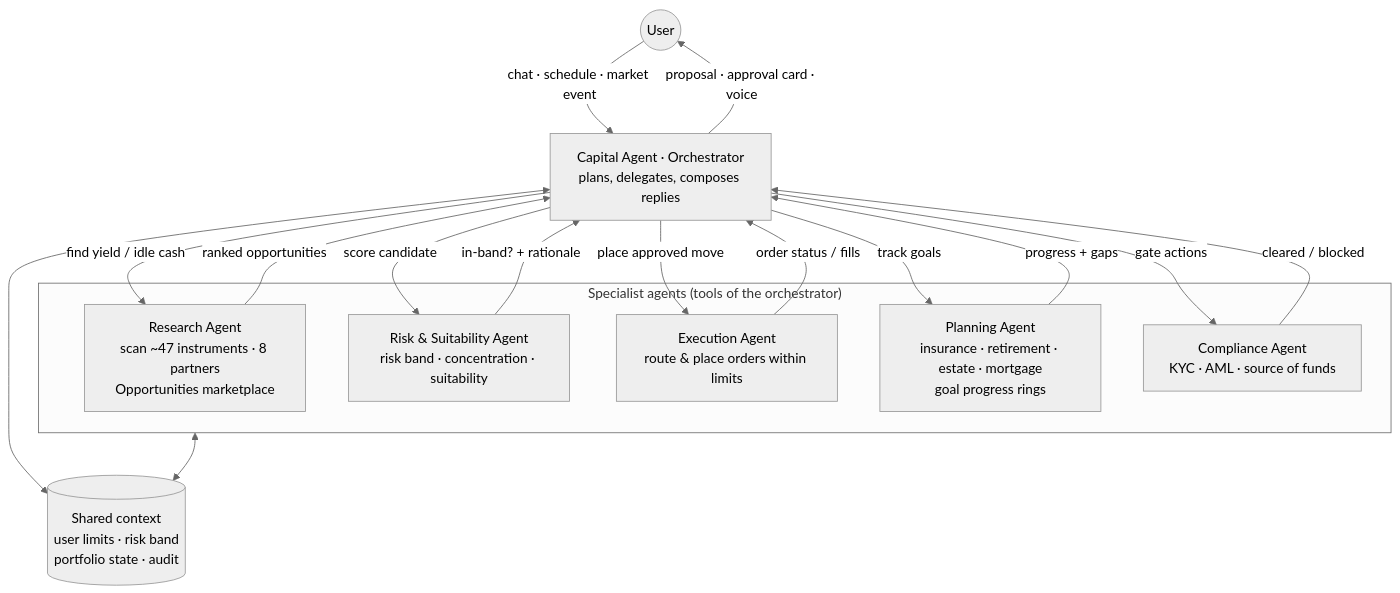
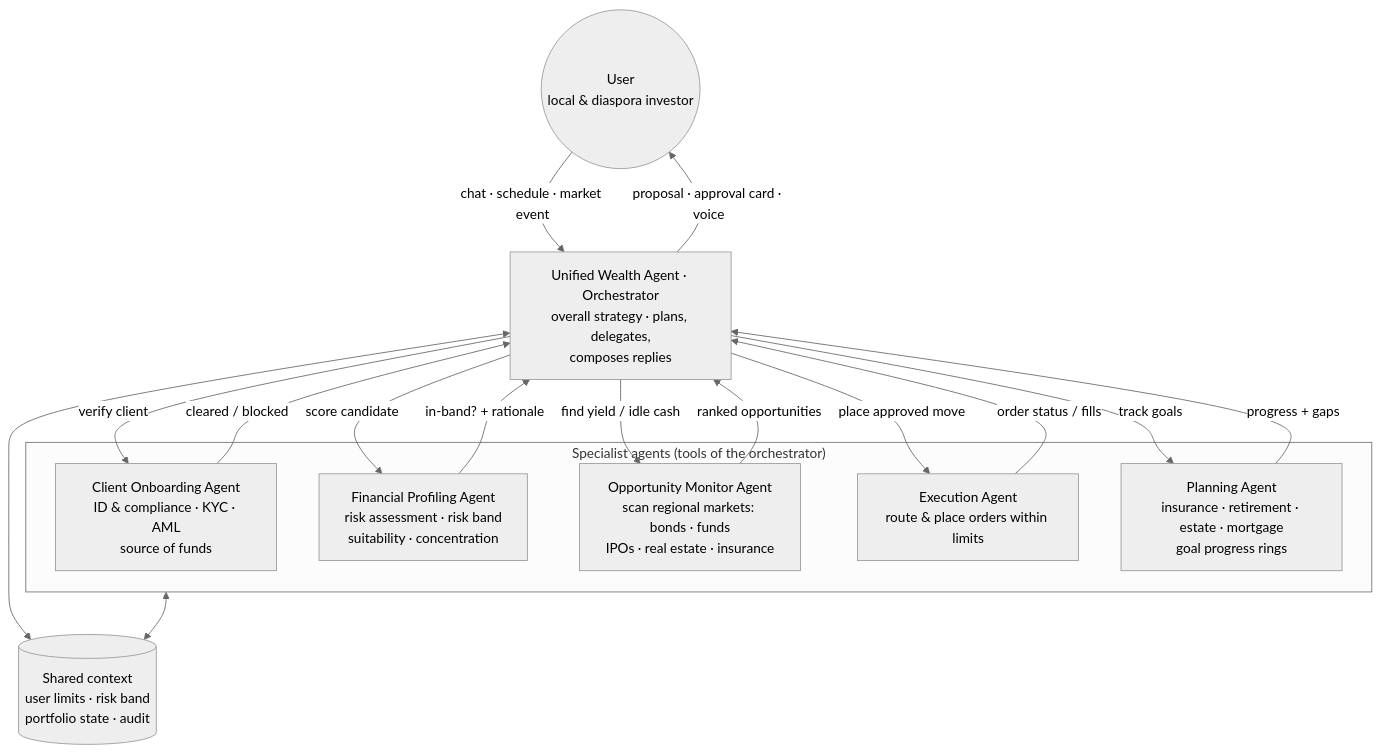
Before and after one commit to Tenoywil/agentic-investment-app: the diagram in design/agents/02-agent-orchestration.mmd, drawn with Mermaid (neutral theme). The commit also changed 15 other files, not shown here.

First line of the commit message:
Expand agent design: draft ideas, Better Auth, resources & compute strategy

```diff
--- a/design/agents/02-agent-orchestration.mmd
+++ b/design/agents/02-agent-orchestration.mmd
@@ -1,31 +1,31 @@
 %% CCN — Agent Orchestration (orchestrator + specialist agents)
 flowchart TB
-    USER((User)) -->|"chat · schedule · market event"| ORCH
+    USER((User<br/>local &amp; diaspora investor)) -->|"chat · schedule · market event"| ORCH
 
-    ORCH["Capital Agent · Orchestrator<br/>plans, delegates, composes replies"]
+    ORCH["Unified Wealth Agent · Orchestrator<br/>overall strategy · plans, delegates,<br/>composes replies"]
 
     subgraph Specialists["Specialist agents (tools of the orchestrator)"]
-        RES["Research Agent<br/>scan ~47 instruments · 8 partners<br/>Opportunities marketplace"]
-        RISK["Risk &amp; Suitability Agent<br/>risk band · concentration · suitability"]
+        ONB["Client Onboarding Agent<br/>ID &amp; compliance · KYC · AML<br/>source of funds"]
+        PROF["Financial Profiling Agent<br/>risk assessment · risk band<br/>suitability · concentration"]
+        RES["Opportunity Monitor Agent<br/>scan regional markets: bonds · funds<br/>IPOs · real estate · insurance"]
         EXE["Execution Agent<br/>route &amp; place orders within limits"]
         PLAN["Planning Agent<br/>insurance · retirement · estate · mortgage<br/>goal progress rings"]
-        COMP["Compliance Agent<br/>KYC · AML · source of funds"]
     end
 
+    ORCH -->|"verify client"| ONB
+    ORCH -->|"score candidate"| PROF
     ORCH -->|"find yield / idle cash"| RES
-    ORCH -->|"score candidate"| RISK
     ORCH -->|"place approved move"| EXE
     ORCH -->|"track goals"| PLAN
-    ORCH -->|"gate actions"| COMP
 
+    ONB -->|"cleared / blocked"| ORCH
+    PROF -->|"in-band? + rationale"| ORCH
     RES -->|"ranked opportunities"| ORCH
-    RISK -->|"in-band? + rationale"| ORCH
     EXE -->|"order status / fills"| ORCH
     PLAN -->|"progress + gaps"| ORCH
-    COMP -->|"cleared / blocked"| ORCH
 
     ORCH -->|"proposal · approval card · voice"| USER
 
     MEM[("Shared context<br/>user limits · risk band<br/>portfolio state · audit")]
     ORCH <--> MEM
     Specialists <--> MEM
```
